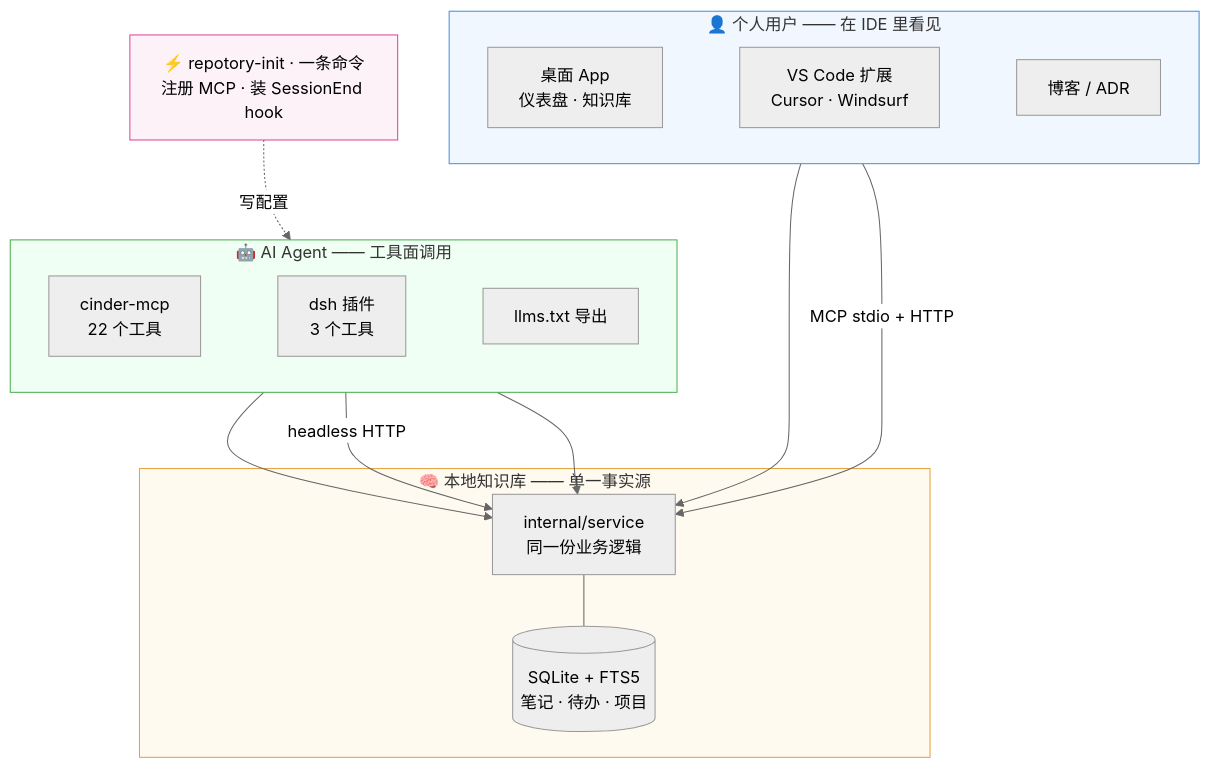
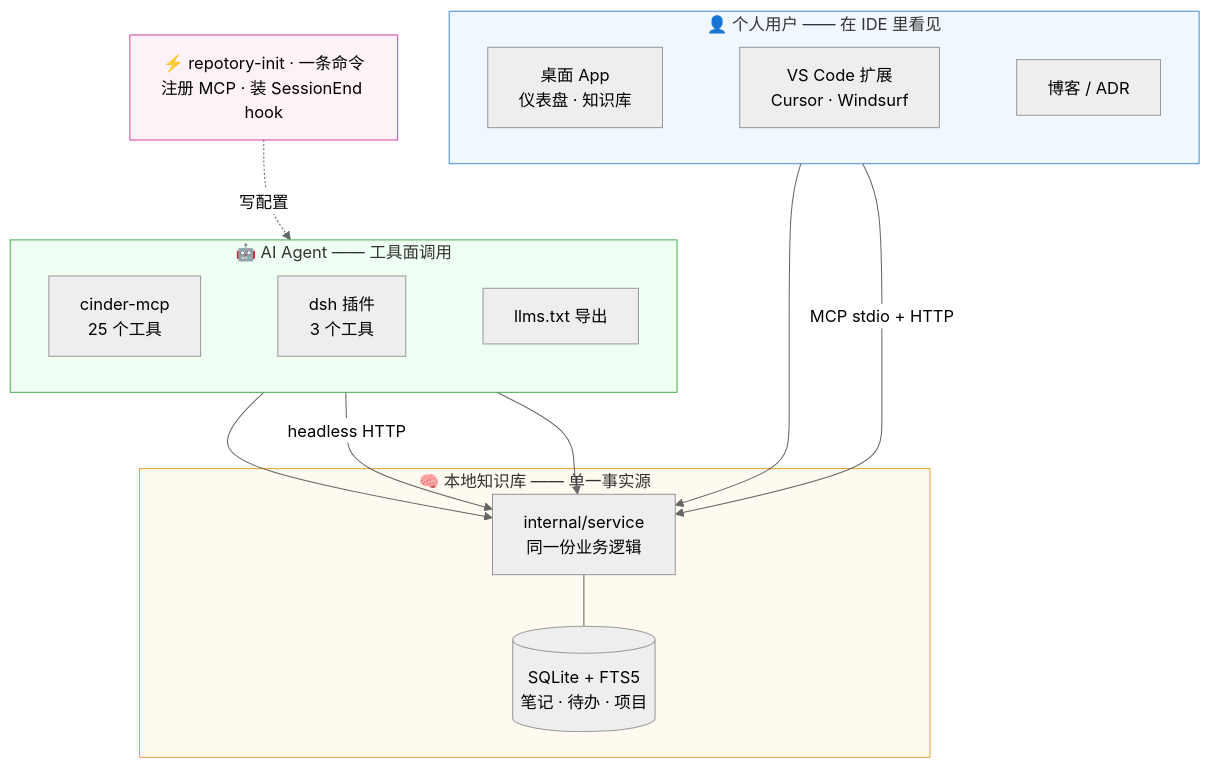
The third of 3 diagrams in docs/index.md (sky-jiangcheng/cinder), drawn with Mermaid (neutral theme) before and after one commit. The commit also changed 83 other files, not shown here.

````diff
--- a/docs/index.md
+++ b/docs/index.md
@@ -75,37 +75,37 @@
 ```mermaid
 flowchart TB
     subgraph HUMAN["👤 个人用户 —— 在 IDE 里看见"]
         direction LR
         DESKTOP["桌面 App<br/>仪表盘 · 知识库"]
         VSCODE["VS Code 扩展<br/>Cursor · Windsurf"]
         BLOG["博客 / ADR"]
         DESKTOP ~~~ VSCODE ~~~ BLOG
     end
 
     subgraph AGENT["🤖 AI Agent —— 工具面调用"]
         direction LR
-        MCP["cinder-mcp<br/>22 个工具"]
+        MCP["cinder-mcp<br/>25 个工具"]
         DSH["dsh 插件<br/>3 个工具"]
         LLMSTXT["llms.txt 导出"]
         MCP ~~~ DSH ~~~ LLMSTXT
     end
 
     subgraph CORE["🧠 本地知识库 —— 单一事实源"]
         SERVICE["internal/service<br/>同一份业务逻辑"] --- DB[("SQLite + FTS5<br/>笔记 · 待办 · 项目")]
     end
 
     HUMAN ~~~ AGENT ~~~ CORE
     DESKTOP --> SERVICE
     VSCODE -->|"MCP stdio + HTTP"| SERVICE
     MCP --> SERVICE
     DSH -->|"headless HTTP"| SERVICE
     LLMSTXT --> SERVICE
 
     INIT["⚡ repotory-init · 一条命令<br/>注册 MCP · 装 SessionEnd hook"]
     INIT -.->|"写配置"| MCP
 
     style HUMAN fill:#f0f7ff,stroke:#4a90d9
     style AGENT fill:#f0fff4,stroke:#4caf50
     style CORE fill:#fffaf0,stroke:#e6a23c
     style INIT fill:#fdf2f8,stroke:#d946a0
 ```
````
